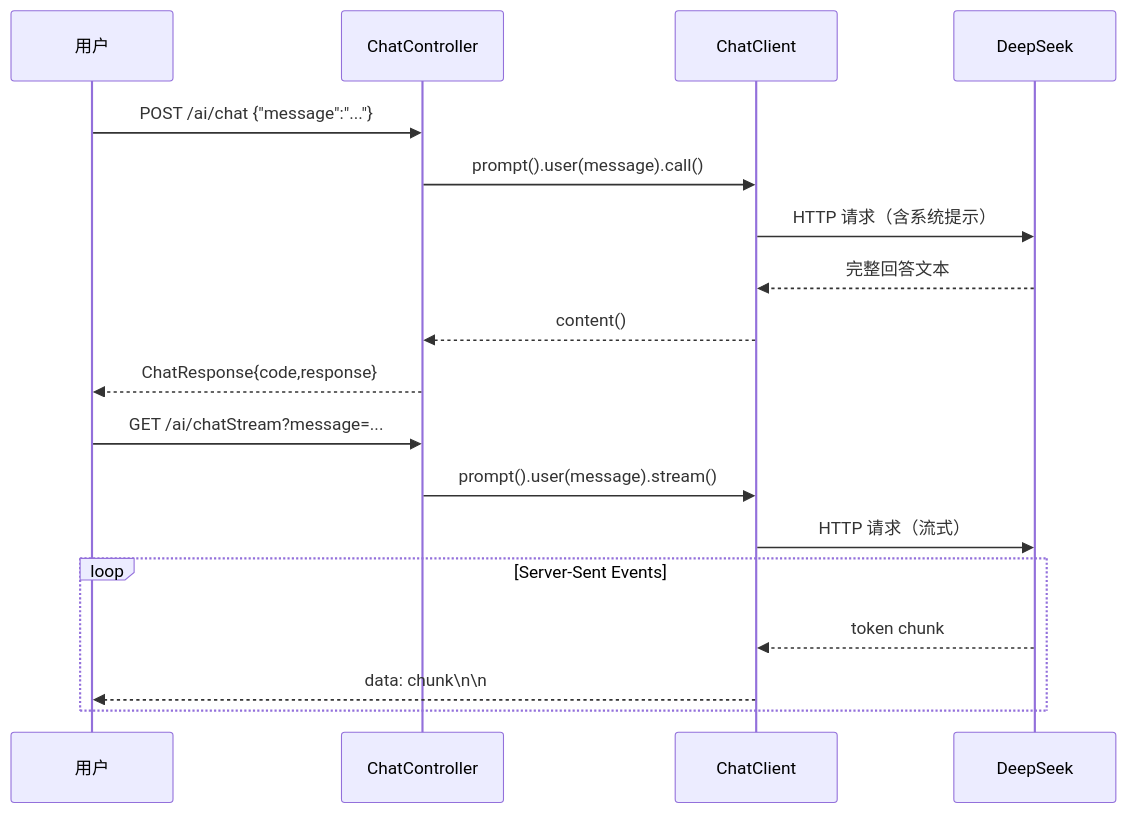
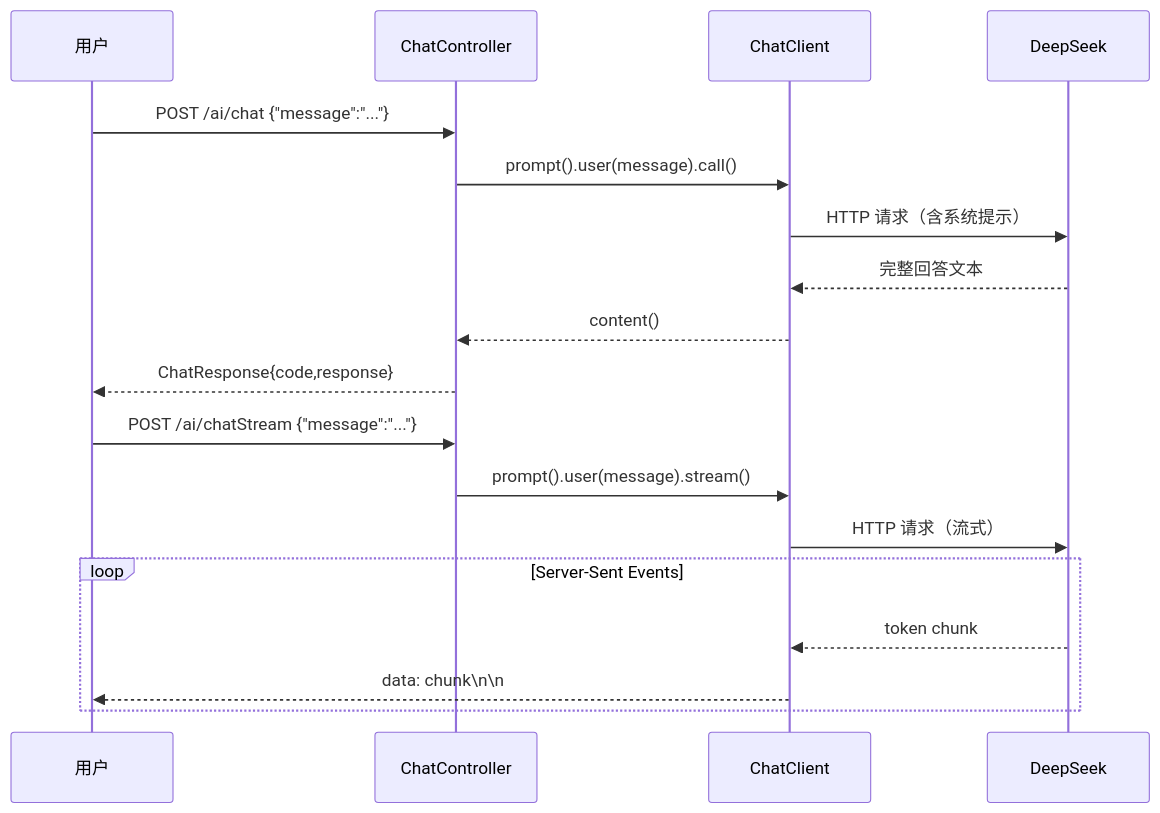
The third of 15 diagrams in demo2/README.md (jasonsoso/spring-ai-demo), drawn with Mermaid before and after one commit. The commit also changed other lines of this file and 1 other file, not shown here.

First line of the commit message:
refactor: virtual-thread parallel agents and README controller sync

````diff
--- a/demo2/README.md
+++ b/demo2/README.md
@@ -669,22 +735,22 @@
 ```mermaid
 sequenceDiagram
     participant 用户
     participant ChatController
     participant ChatClient
     participant DeepSeek
 
     用户->>ChatController: POST /ai/chat {"message":"..."}
     ChatController->>ChatClient: prompt().user(message).call()
     ChatClient->>DeepSeek: HTTP 请求（含系统提示）
     DeepSeek-->>ChatClient: 完整回答文本
     ChatClient-->>ChatController: content()
     ChatController-->>用户: ChatResponse{code,response}
 
-    用户->>ChatController: GET /ai/chatStream?message=...
+    用户->>ChatController: POST /ai/chatStream {"message":"..."}
     ChatController->>ChatClient: prompt().user(message).stream()
     ChatClient->>DeepSeek: HTTP 请求（流式）
     loop Server-Sent Events
         DeepSeek-->>ChatClient: token chunk
         ChatClient-->>用户: data: chunk\n\n
     end
 ```
````
